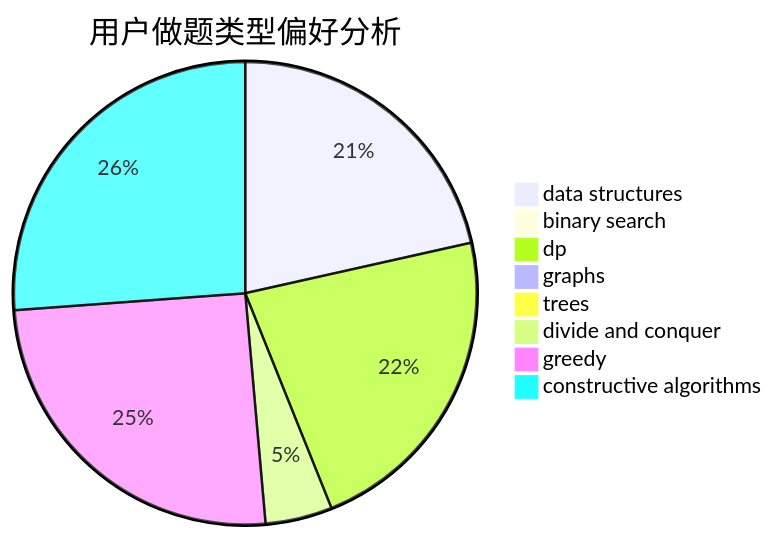
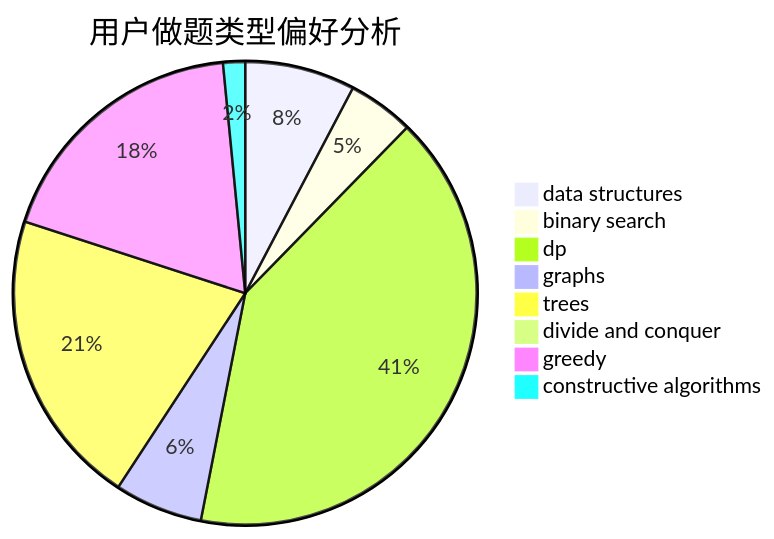
Before and after one commit to sherpahu/cfrs.github.io: the second of 3 diagrams in docs/user/u1668.md, drawn with Mermaid. The commit also changed other lines of this file and 2770 other files, not shown here.

````diff
--- a/docs/user/u1668.md
+++ b/docs/user/u1668.md
@@ -23,11 +23,11 @@
 ```mermaid
 pie title 用户做题类型偏好分析
-    "data structures" :  23
-    "binary search" :  0
-    "dp" :  24
-    "graphs" :  0
-    "trees" :  0
-    "divide and conquer" :  5
-    "greedy" :  27
-    "constructive algorithms" :  28
+    "data structures" :  10
+    "binary search" :  6
+    "dp" :  53
+    "graphs" :  8
+    "trees" :  27
+    "divide and conquer" :  0
+    "greedy" :  24
+    "constructive algorithms" :  2
 ```
````
